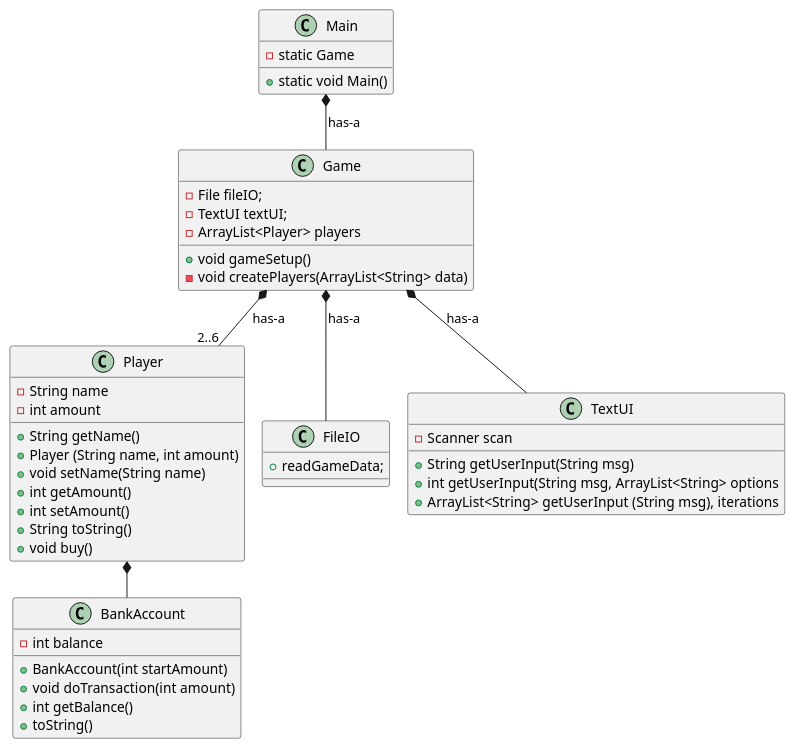
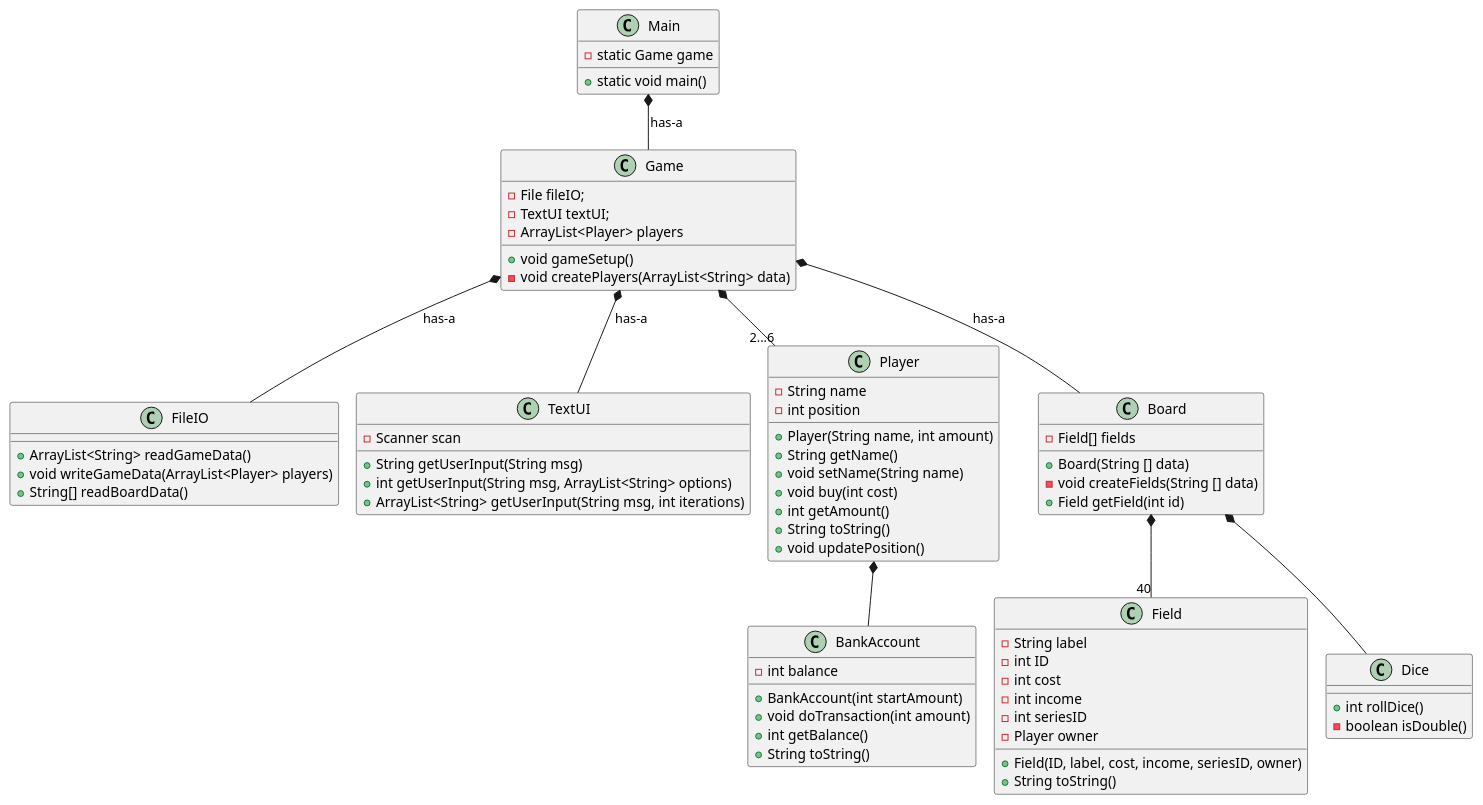
The diagram in Matador/Documentation/classdiagram_v1.0.puml (XXOlsen/Torsdagsopgaver), drawn with PlantUML before and after one commit. The commit also changed 30 other files, not shown here.

```diff
--- a/Matador/Documentation/classdiagram_v1.0.puml
+++ b/Matador/Documentation/classdiagram_v1.0.puml
@@ -1,45 +1,79 @@
 @startuml
+'https://plantuml.com/class-diagram
 !pragma layout smetana
+
+class Main
 class Game
+class FileIO
+class TextUI
 class Player
+class BankAccount
+class Board
+class Field
+class Dice
+
+
+Main : - static Game game
+Main : + static void main()
 
 Game : - File fileIO;
 Game : - TextUI textUI;
 Game : - ArrayList<Player> players
 Game : + void gameSetup()
+
 Game : - void createPlayers(ArrayList<String> data)
 
-Player *-- BankAccount
+FileIO : + ArrayList<String> readGameData()
+FileIO : + void writeGameData(ArrayList<Player> players)
+FileIO : + String[] readBoardData()
+
+TextUI : + String getUserInput(String msg)
+TextUI : + int getUserInput(String msg, ArrayList<String> options)
+TextUI : + ArrayList<String> getUserInput(String msg, int iterations)
+TextUI : - Scanner scan
+
+
+
+Player : + Player(String name, int amount)
+Player : - String name
+Player : - int position
+Player : + String getName()
+Player : + void setName(String name)
+Player : + void buy(int cost)
+Player : + int getAmount()
+Player : + String toString()
+Player : + void updatePosition()
+
+BankAccount : -int balance
+BankAccount : +BankAccount(int startAmount)
+BankAccount : +void doTransaction(int amount)
+BankAccount : +int getBalance()
+BankAccount : +String toString()
+
+Field : + Field(ID, label, cost, income, seriesID, owner)
+Field : - String label
+Field : - int ID
+Field : - int cost
+Field : - int income
+Field : - int seriesID
+Field : - Player owner
+Field : + String toString()
+
+Dice : + int rollDice()
+Dice : - boolean isDouble()
+
+Board : - Field[] fields
+Board : + Board(String [] data)
+Board : - void createFields(String [] data)
+Board : + Field getField(int id)
+Board *-- Dice
 Main *-- Game : has-a
 Game *-- FileIO : has-a
 Game *-- TextUI : has-a
-Game *-- "2..6" Player: has-a
+Game *-- "2...6" Player
+Player *-- BankAccount
+Game *-- Board : has-a
+Board *-- "40" Field
 
 
-Main : - static Game
-Main : + static void Main()
-
-FileIO : + readGameData;
-
-TextUI : - Scanner scan
-TextUI : + String getUserInput(String msg)
-TextUI : + int getUserInput(String msg, ArrayList<String> options
-TextUI : + ArrayList<String> getUserInput (String msg), iterations
-
-Player : - String name
-Player : - int amount
-Player : + String getName()
-Player : + Player (String name, int amount)
-Player : + void setName(String name)
-Player : + int getAmount()
-Player : + int setAmount()
-Player : + String toString()
-Player : + void buy()
-
-BankAccount : - int balance
-BankAccount : + BankAccount(int startAmount)
-BankAccount : + void doTransaction(int amount)
-BankAccount : + int getBalance()
-BankAccount : + toString()
-
 @enduml
```
